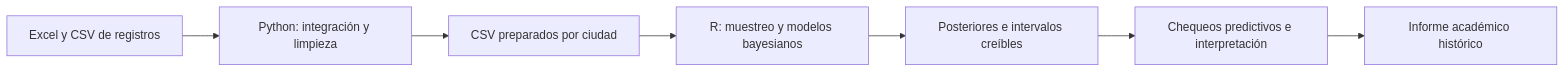
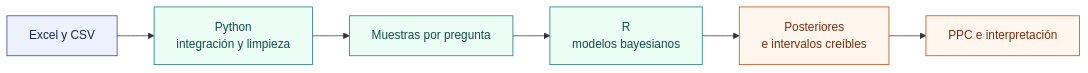
The diagram in README.md (fabiantovarc/analisis-bayesiano-delitos), drawn with Mermaid before and after one commit. The commit also changed other lines of this file, not shown here.

````diff
--- a/README.md
+++ b/README.md
@@ -30,9 +37,15 @@
 ```mermaid
 flowchart LR
-    A[Excel y CSV de registros] --> B[Python: integración y limpieza]
-    B --> C[CSV preparados por ciudad]
-    C --> D[R: muestreo y modelos bayesianos]
-    D --> E[Posteriores e intervalos creíbles]
-    E --> F[Chequeos predictivos e interpretación]
-    F --> G[Informe académico histórico]
+    A["Excel y CSV"] --> B["Python<br/>integración y limpieza"]
+    B --> C["Muestras por pregunta"]
+    C --> D["R<br/>modelos bayesianos"]
+    D --> E["Posteriores<br/>e intervalos creíbles"]
+    E --> F["PPC e interpretación"]
+
+    classDef source fill:#EEF2FF,stroke:#3730A3,color:#172554
+    classDef process fill:#ECFDF5,stroke:#0F766E,color:#134E4A
+    classDef result fill:#FFF7ED,stroke:#C2410C,color:#7C2D12
+    class A source
+    class B,C,D process
+    class E,F result
 ```
````
